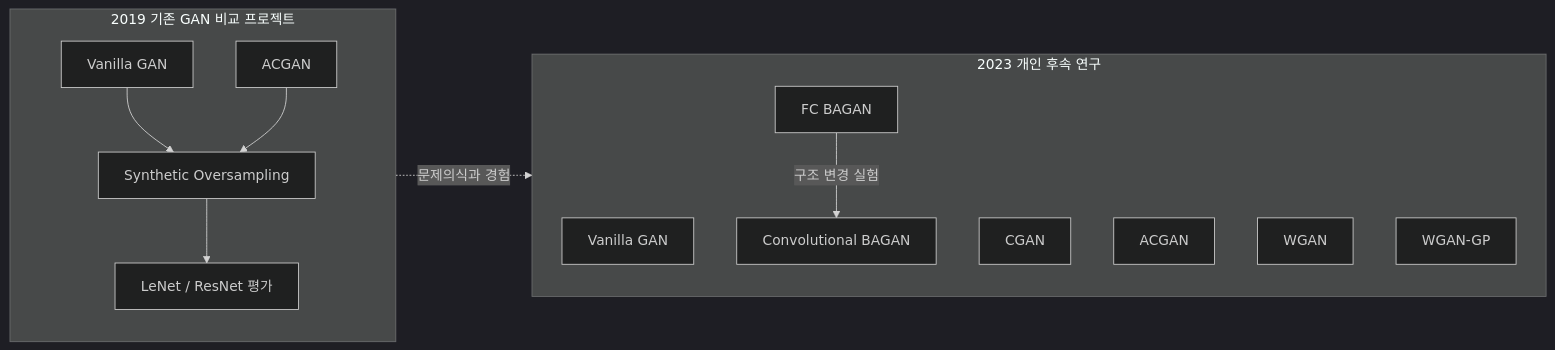
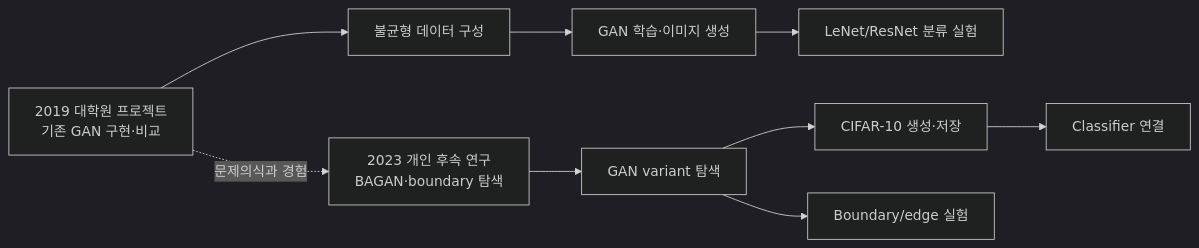
The first of 5 diagrams in README.md (DDohyeon2941/gan-for-imbalanced-image-data), drawn with Mermaid (dark theme) before and after one commit. The commit also changed other lines of this file and 7 other files, not shown here.

````diff
--- a/README.md
+++ b/README.md
@@ -64,25 +9,11 @@
 ```mermaid
 flowchart LR
-    subgraph P2019["2019 기존 GAN 비교 프로젝트"]
-        VG[Vanilla GAN]
-        AG[ACGAN]
-        OS[Synthetic Oversampling]
-        CLF[LeNet / ResNet 평가]
-        VG --> OS
-        AG --> OS
-        OS --> CLF
-    end
-
-    subgraph P2023["2023 개인 후속 연구"]
-        B1[Vanilla GAN]
-        B2[CGAN]
-        B3[ACGAN]
-        B4[WGAN]
-        B5[WGAN-GP]
-        BG[FC BAGAN]
-        BGC[Convolutional BAGAN]
-        BG -->|구조 변경 실험| BGC
-    end
-
-    P2019 -. 문제의식과 경험 .-> P2023
+    A[2019 대학원 프로젝트<br/>기존 GAN 구현·비교] -. 문제의식과 경험 .-> B[2023 개인 후속 연구<br/>BAGAN·boundary 탐색]
+    A --> A1[불균형 데이터 구성]
+    A1 --> A2[GAN 학습·이미지 생성]
+    A2 --> A3[LeNet/ResNet 분류 실험]
+    B --> B1[GAN variant 탐색]
+    B1 --> B2[CIFAR-10 생성·저장]
+    B2 --> B3[Classifier 연결]
+    B1 --> B4[Boundary/edge 실험]
 ```
````
